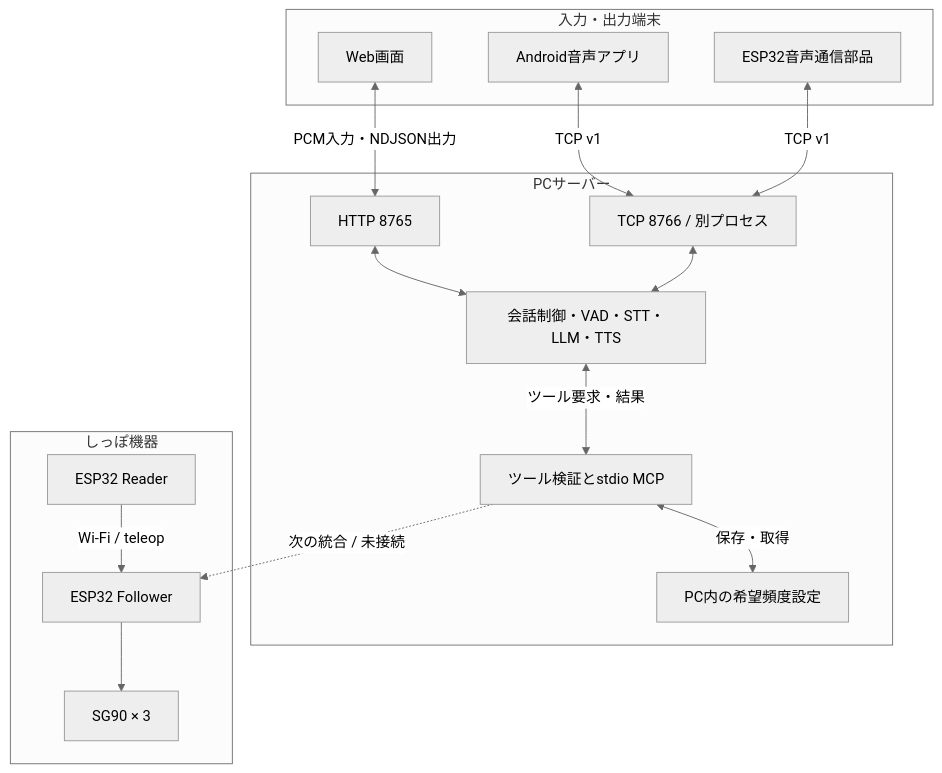
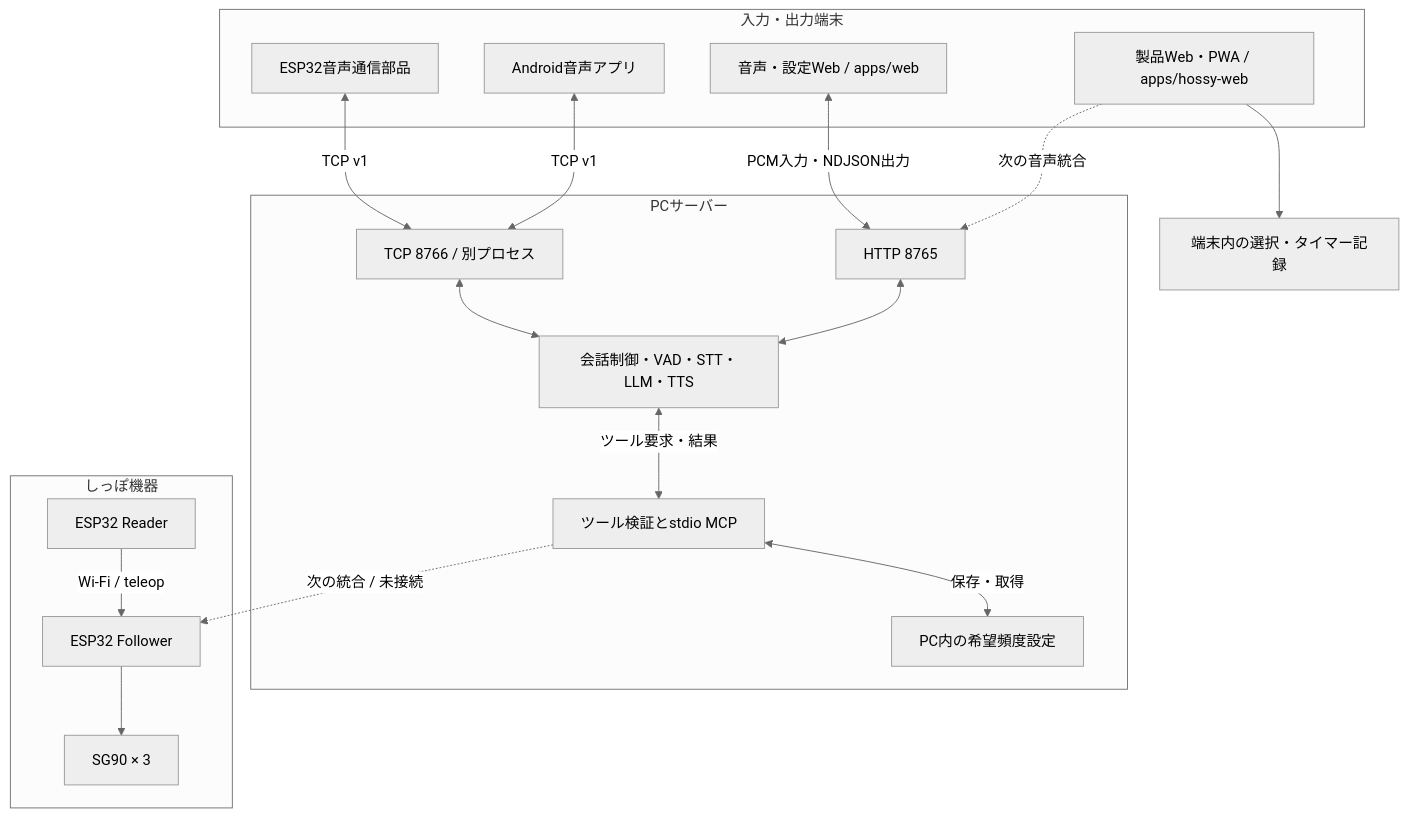
One commit to jphacks/kz_2614 changed the first of 7 diagrams in docs/architecture.md. Above: the diagram before and after it, drawn with Mermaid (neutral theme). The commit also changed other lines of this file and 68 other files, not shown here.

Commit message:
Organize HOSSy product web, specifications and integration branches

````diff
--- a/docs/architecture.md
+++ b/docs/architecture.md
@@ -15,29 +15,32 @@
 ```mermaid
 flowchart TB
     subgraph Clients[入力・出力端末]
-        Web[Web画面]
+        Web[音声・設定Web / apps/web]
+        Product[製品Web・PWA / apps/hossy-web]
         Android[Android音声アプリ]
         VoiceESP[ESP32音声通信部品]
     end
     subgraph PC[PCサーバー]
         HTTP[HTTP 8765]
         TCP[TCP 8766 / 別プロセス]
         Pipeline[会話制御・VAD・STT・LLM・TTS]
         MCP[ツール検証とstdio MCP]
         Config[PC内の希望頻度設定]
     end
     subgraph Tail[しっぽ機器]
         Reader[ESP32 Reader]
         Follower[ESP32 Follower]
         Servo[SG90 × 3]
     end
+    Product --> BrowserData[端末内の選択・タイマー記録]
+    Product -.->|次の音声統合| HTTP
     Web <-->|PCM入力・NDJSON出力| HTTP
     Android <-->|TCP v1| TCP
     VoiceESP <-->|TCP v1| TCP
     HTTP <--> Pipeline
     TCP <--> Pipeline
     Pipeline <-->|ツール要求・結果| MCP
     MCP <-->|保存・取得| Config
     MCP -.->|次の統合 / 未接続| Follower
     Reader -->|Wi-Fi / teleop| Follower --> Servo
 ```
````
